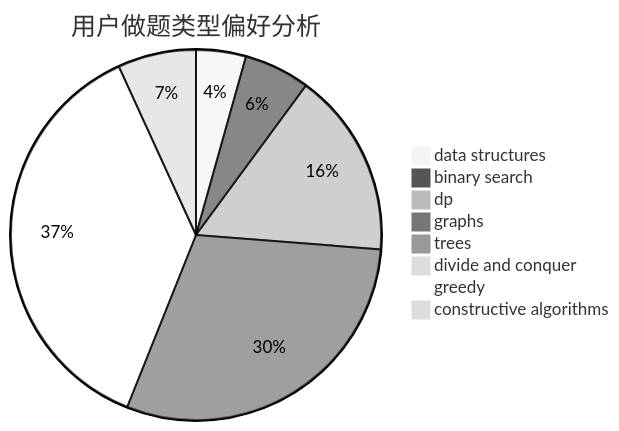
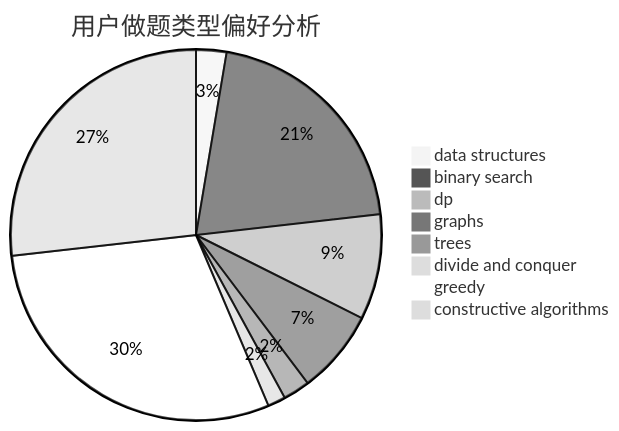
The second of 3 diagrams in docs/user/u253.md (sherpahu/cfrs.github.io), drawn with Mermaid (neutral theme) before and after one commit. The commit also changed other lines of this file and 2770 other files, not shown here.

````diff
--- a/docs/user/u253.md
+++ b/docs/user/u253.md
@@ -23,11 +23,11 @@
 ```mermaid
 pie title 用户做题类型偏好分析
-    "data structures" :  28
-    "binary search" :  37
-    "dp" :  104
-    "graphs" :  192
-    "trees" :  3
-    "divide and conquer" :  0
-    "greedy" :  239
-    "constructive algorithms" :  44
+    "data structures" :  17
+    "binary search" :  132
+    "dp" :  59
+    "graphs" :  47
+    "trees" :  15
+    "divide and conquer" :  10
+    "greedy" :  190
+    "constructive algorithms" :  172
 ```
````
